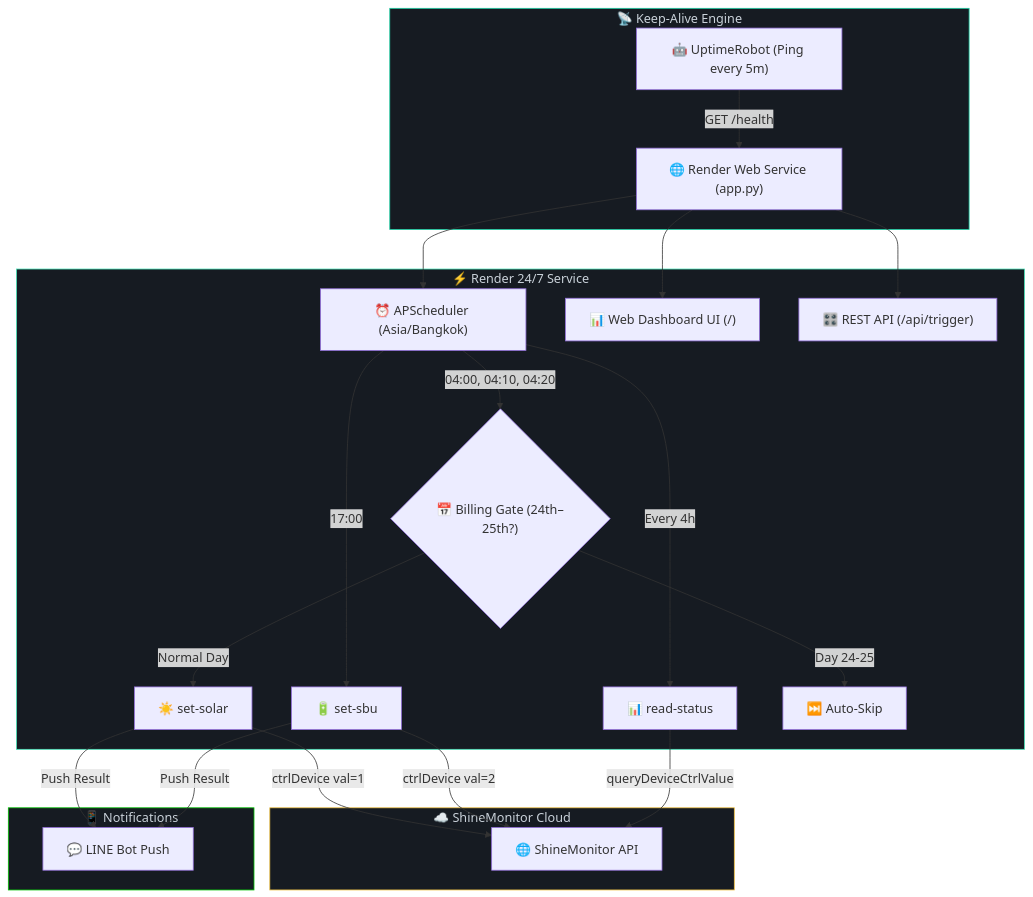
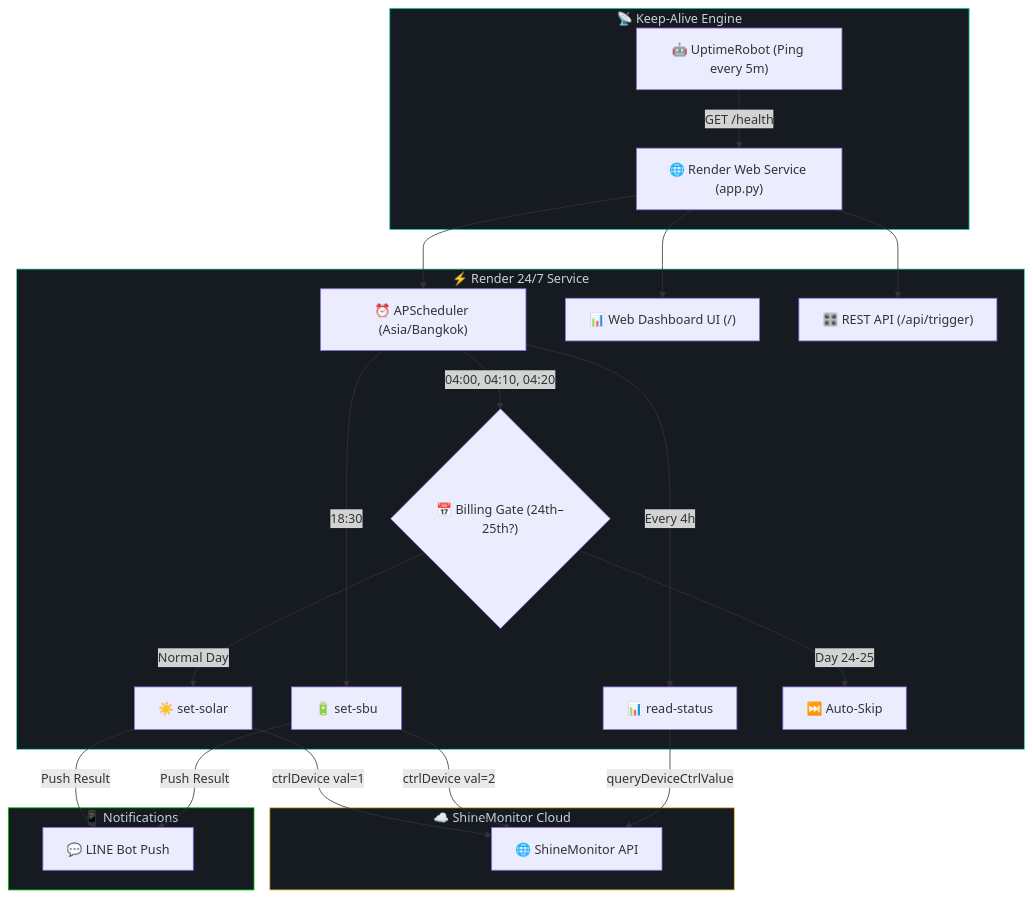
Before and after one commit to impet14/inverter-automator: the diagram in README.md, drawn with Mermaid. The commit also changed other lines of this file and 3 other files, not shown here.

````diff
--- a/README.md
+++ b/README.md
@@ -60,35 +60,35 @@
 ```mermaid
 flowchart TD
     subgraph KeepAlive["📡 Keep-Alive Engine"]
         UR["🤖 UptimeRobot (Ping every 5m)"] -->|GET /health| APP["🌐 Render Web Service (app.py)"]
     end
 
     subgraph Service["⚡ Render 24/7 Service"]
         APP --> SCHED["⏰ APScheduler (Asia/Bangkok)"]
         APP --> DASH["📊 Web Dashboard UI (/)"]
         APP --> REST["🎛️ REST API (/api/trigger)"]
         
         SCHED -->|04:00, 04:10, 04:20| GATE{"📅 Billing Gate (24th–25th?)"}
-        SCHED -->|17:00| SBU["🔋 set-sbu"]
+        SCHED -->|18:30| SBU["🔋 set-sbu"]
         SCHED -->|Every 4h| STATUS["📊 read-status"]
         
         GATE -->|Normal Day| SOLAR["☀️ set-solar"]
         GATE -->|Day 24-25| SKIP["⏭️ Auto-Skip"]
     end
 
     subgraph ShineMonitor["☁️ ShineMonitor Cloud"]
         SOLAR -->|ctrlDevice val=1| API["🌐 ShineMonitor API"]
         SBU -->|ctrlDevice val=2| API
         STATUS -->|queryDeviceCtrlValue| API
     end
 
     subgraph Alerts["📱 Notifications"]
         SOLAR -->|Push Result| LINE["💬 LINE Bot Push"]
         SBU -->|Push Result| LINE
     end
 
     style KeepAlive fill:#161b22,stroke:#1ad1a5,color:#c9d1d9
     style Service fill:#161b22,stroke:#46E3B7,color:#c9d1d9
     style ShineMonitor fill:#161b22,stroke:#f0c040,color:#c9d1d9
     style Alerts fill:#161b22,stroke:#00C300,color:#c9d1d9
 ```
````
